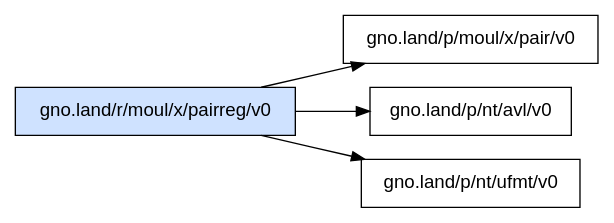
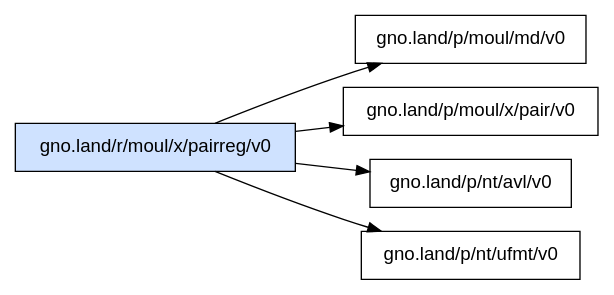
Before and after one commit to moul/gno-contracts: the diagram in _assets/gno.land/r/moul/x/pairreg/v0/deps.dot, drawn with Graphviz. The commit also changed 31 other files, not shown here.

Commit message:
chore: regenerate catalog, graphs and on-chain status [skip ci]

```diff
--- a/_assets/gno.land/r/moul/x/pairreg/v0/deps.dot
+++ b/_assets/gno.land/r/moul/x/pairreg/v0/deps.dot
@@ -1,8 +1,9 @@
 digraph deps {
   rankdir=LR;
   node [shape=box, fontname="sans-serif"];
   "gno.land/r/moul/x/pairreg/v0" [style=filled, fillcolor="#cfe2ff"];
+  "gno.land/r/moul/x/pairreg/v0" -> "gno.land/p/moul/md/v0";
   "gno.land/r/moul/x/pairreg/v0" -> "gno.land/p/moul/x/pair/v0";
   "gno.land/r/moul/x/pairreg/v0" -> "gno.land/p/nt/avl/v0";
   "gno.land/r/moul/x/pairreg/v0" -> "gno.land/p/nt/ufmt/v0";
 }
```
